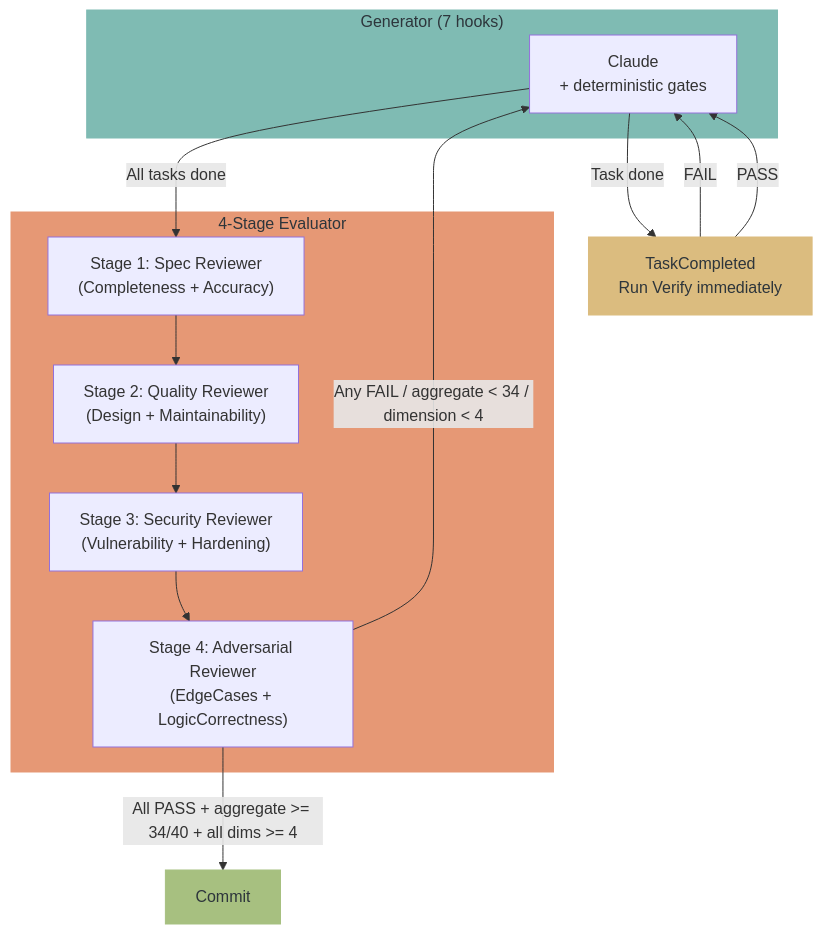
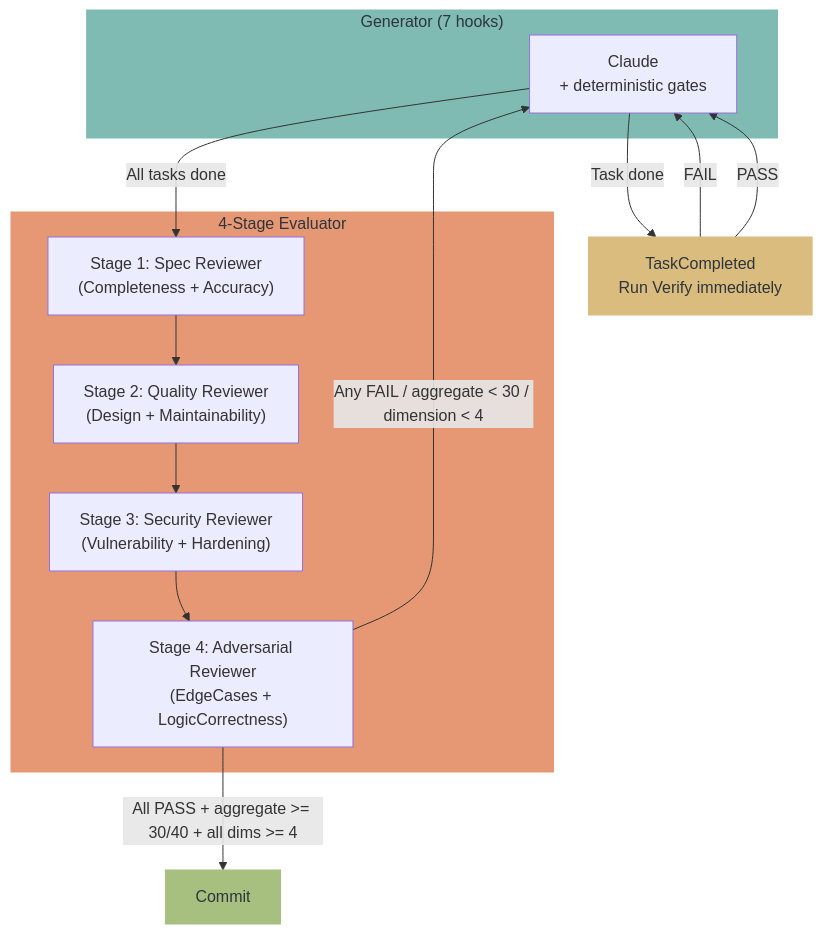
Before and after one commit to hir4ta/qult: the second of 2 diagrams in README.md, drawn with Mermaid. The commit also changed other lines of this file and 21 other files, not shown here.

````diff
--- a/README.md
+++ b/README.md
@@ -98,27 +98,27 @@
 ```mermaid
 flowchart TB
     subgraph Generator["Generator (7 hooks)"]
         Claude["Claude\n+ deterministic gates"]
     end
     subgraph Evaluator["4-Stage Evaluator"]
         Spec["Stage 1: Spec Reviewer\n(Completeness + Accuracy)"]
         Quality["Stage 2: Quality Reviewer\n(Design + Maintainability)"]
         Security["Stage 3: Security Reviewer\n(Vulnerability + Hardening)"]
         Adversarial["Stage 4: Adversarial Reviewer\n(EdgeCases + LogicCorrectness)"]
     end
 
     Claude -- "Task done" --> TV["TaskCompleted\nRun Verify immediately"]
     TV -- "FAIL" --> Claude
     TV -- "PASS" --> Claude
     Claude -- "All tasks done" --> Spec
     Spec --> Quality
     Quality --> Security
     Security --> Adversarial
-    Adversarial -- "Any FAIL / aggregate < 34 / dimension < 4" --> Claude
-    Adversarial -- "All PASS + aggregate >= 34/40 + all dims >= 4" --> Done["Commit"]
+    Adversarial -- "Any FAIL / aggregate < 30 / dimension < 4" --> Claude
+    Adversarial -- "All PASS + aggregate >= 30/40 + all dims >= 4" --> Done["Commit"]
 
     style Generator fill:#7fbbb3,color:#2d353b,stroke:#7fbbb3
     style Evaluator fill:#e69875,color:#2d353b,stroke:#e69875
     style Done fill:#a7c080,color:#2d353b,stroke:#a7c080
     style TV fill:#dbbc7f,color:#2d353b,stroke:#dbbc7f
 ```
````
